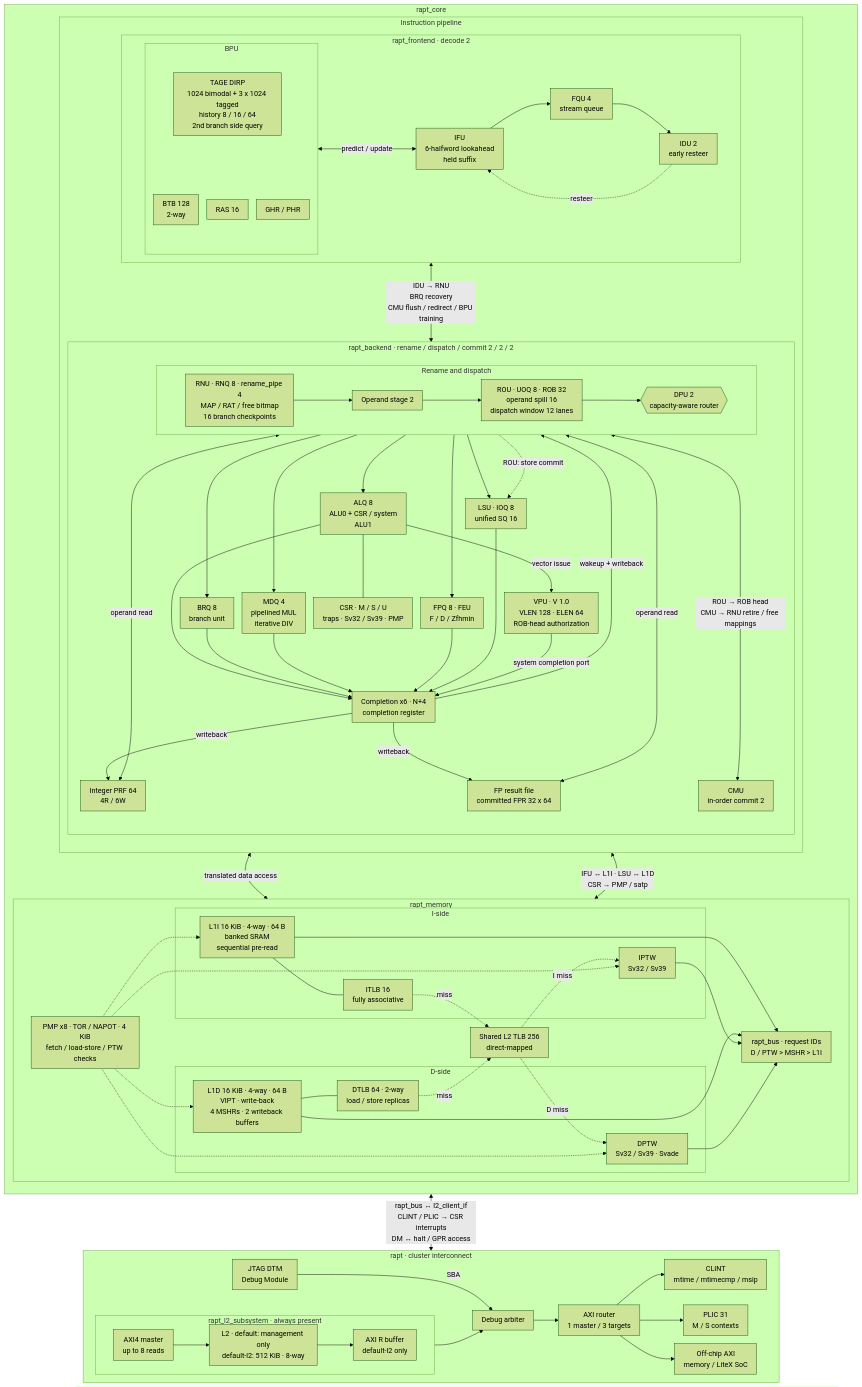
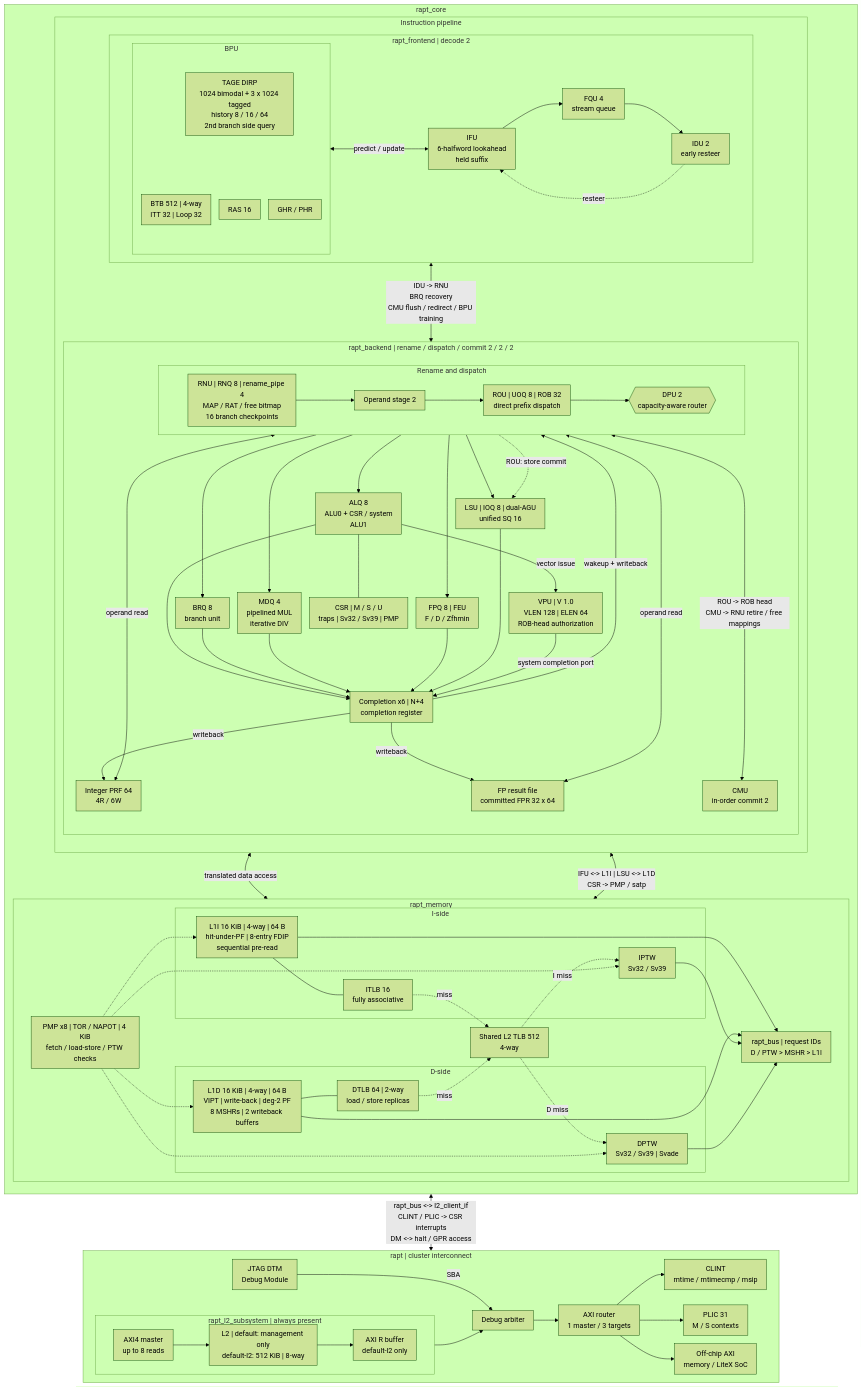
One commit to Kingfish404/raptor-chip changed the diagram in README.md. Above: the diagram before and after it, drawn with Mermaid (forest theme). The commit also changed other lines of this file and 100 other files, not shown here.

````diff
--- a/README.md
+++ b/README.md
@@ -97,12 +99,12 @@
     direction TB
     subgraph PIPE["Instruction pipeline"]
       direction TB
-      subgraph FE["rapt_frontend · decode 2"]
+      subgraph FE["rapt_frontend | decode 2"]
         direction LR
         subgraph BPU["BPU"]
           direction TB
           TAGE["TAGE DIRP<br/>1024 bimodal + 3 x 1024 tagged<br/>history 8 / 16 / 64<br/>2nd branch side query"]
-          BTB["BTB 128<br/>2-way"]
+          BTB["BTB 512 | 4-way<br/>ITT 32 | Loop 32"]
           RAS["RAS 16"]
           HIST["GHR / PHR"]
           TAGE ~~~ BTB & RAS & HIST
@@ -114,27 +116,27 @@
         IFU --> FQU --> IDU
         IDU -. resteer .-> IFU
       end
-      subgraph BE["rapt_backend · rename / dispatch / commit 2 / 2 / 2"]
+      subgraph BE["rapt_backend | rename / dispatch / commit 2 / 2 / 2"]
         direction TB
         subgraph ORD["Rename and dispatch"]
           direction LR
-          RNU["RNU · RNQ 8 · rename_pipe 4<br/>MAP / RAT / free bitmap<br/>16 branch checkpoints"]
+          RNU["RNU | RNQ 8 | rename_pipe 4<br/>MAP / RAT / free bitmap<br/>16 branch checkpoints"]
           OPS["Operand stage 2"]
-          ROU["ROU · UOQ 8 · ROB 32<br/>operand spill 16<br/>dispatch window 12 lanes"]
+          ROU["ROU | UOQ 8 | ROB 32<br/>direct prefix dispatch"]
           DPU{{"DPU 2<br/>capacity-aware router"}}
           RNU --> OPS --> ROU --> DPU
         end
         ALQ["ALQ 8<br/>ALU0 + CSR / system<br/>ALU1"]
         BRQ["BRQ 8<br/>branch unit"]
         MDQ["MDQ 4<br/>pipelined MUL<br/>iterative DIV"]
-        FPQ["FPQ 8 · FEU<br/>F / D / Zfhmin"]
-        VPU["VPU · V 1.0<br/>VLEN 128 · ELEN 64<br/>ROB-head authorization"]
-        LSU["LSU · IOQ 8<br/>unified SQ 16"]
-        CPL["Completion x6 · N+4<br/>completion register"]
+        FPQ["FPQ 8 | FEU<br/>F / D / Zfhmin"]
+        VPU["VPU | V 1.0<br/>VLEN 128 | ELEN 64<br/>ROB-head authorization"]
+        LSU["LSU | IOQ 8 | dual-AGU<br/>unified SQ 16"]
+        CPL["Completion x6 | N+4<br/>completion register"]
         PRF["Integer PRF 64<br/>4R / 6W"]
         FPR["FP result file<br/>committed FPR 32 x 64"]
         CMU["CMU<br/>in-order commit 2"]
-        CSR["CSR · M / S / U<br/>traps · Sv32 / Sv39 · PMP"]
+        CSR["CSR | M / S / U<br/>traps | Sv32 / Sv39 | PMP"]
         ORD --> ALQ & BRQ & MDQ & FPQ & LSU
         ALQ -->|vector issue| VPU
         ALQ & BRQ & MDQ & FPQ & LSU --> CPL
@@ -142,28 +144,28 @@
         CPL -->|wakeup + writeback| ORD
         CPL -->|writeback| PRF & FPR
         ORD <-->|operand read| PRF & FPR
-        ORD <-->|"ROU → ROB head<br/>CMU → RNU retire / free mappings"| CMU
+        ORD <-->|"ROU -> ROB head<br/>CMU -> RNU retire / free mappings"| CMU
         ORD -. ROU: store commit .-> LSU
         CPL ~~~ CMU
         ALQ --- CSR
       end
-      FE <-->|"IDU → RNU<br/>BRQ recovery<br/>CMU flush / redirect / BPU training"| BE
+      FE <-->|"IDU -> RNU<br/>BRQ recovery<br/>CMU flush / redirect / BPU training"| BE
     end
     subgraph MEM["rapt_memory"]
       direction LR
       subgraph IMEM["I-side"]
-        L1I["L1I 16 KiB · 4-way · 64 B<br/>banked SRAM<br/>sequential pre-read"]
+        L1I["L1I 16 KiB | 4-way | 64 B<br/>hit-under-PF | 8-entry FDIP<br/>sequential pre-read"]
         ITLB["ITLB 16<br/>fully associative"]
         IPTW["IPTW<br/>Sv32 / Sv39"]
       end
       subgraph DMEM["D-side"]
-        L1D["L1D 16 KiB · 4-way · 64 B<br/>VIPT · write-back<br/>4 MSHRs · 2 writeback buffers"]
-        DTLB["DTLB 64 · 2-way<br/>load / store replicas"]
-        DPTW["DPTW<br/>Sv32 / Sv39 · Svade"]
+        L1D["L1D 16 KiB | 4-way | 64 B<br/>VIPT | write-back | deg-2 PF<br/>8 MSHRs | 2 writeback buffers"]
+        DTLB["DTLB 64 | 2-way<br/>load / store replicas"]
+        DPTW["DPTW<br/>Sv32 / Sv39 | Svade"]
       end
-      L2TLB["Shared L2 TLB 256<br/>direct-mapped"]
-      PMPC["PMP x8 · TOR / NAPOT · 4 KiB<br/>fetch / load-store / PTW checks"]
-      BUS["rapt_bus · request IDs<br/>D / PTW > MSHR > L1I"]
+      L2TLB["Shared L2 TLB 512<br/>4-way"]
+      PMPC["PMP x8 | TOR / NAPOT | 4 KiB<br/>fetch / load-store / PTW checks"]
+      BUS["rapt_bus | request IDs<br/>D / PTW > MSHR > L1I"]
       L1I --- ITLB
       L1D --- DTLB
       ITLB & DTLB -. miss .-> L2TLB
@@ -172,15 +174,15 @@
       PMPC -.-> L1I & L1D & IPTW & DPTW
       L1I & L1D & IPTW & DPTW --> BUS
     end
-    PIPE <-->|"IFU ↔ L1I · LSU ↔ L1D<br/>CSR → PMP / satp"| MEM
+    PIPE <-->|"IFU <-> L1I | LSU <-> L1D<br/>CSR -> PMP / satp"| MEM
     VPU <-->|"translated data access"| L1D
   end
-  subgraph CLU["rapt · cluster interconnect"]
+  subgraph CLU["rapt | cluster interconnect"]
     direction LR
-    subgraph L2S["rapt_l2_subsystem · always present"]
+    subgraph L2S["rapt_l2_subsystem | always present"]
       direction LR
       AXIM["AXI4 master<br/>up to 8 reads"]
-      L2["L2 · default: management only<br/>default-l2: 512 KiB · 8-way"]
+      L2["L2 | default: management only<br/>default-l2: 512 KiB | 8-way"]
       RBUF["AXI R buffer<br/>default-l2 only"]
       AXIM --> L2 --> RBUF
     end
@@ -194,5 +196,5 @@
     DBG -->|SBA| ARB
     RTR --> CLINT & PLIC & EXT
   end
-  CORE <-->|"rapt_bus ↔ l2_client_if<br/>CLINT / PLIC → CSR interrupts<br/>DM ↔ halt / GPR access"| CLU
+  CORE <-->|"rapt_bus <-> l2_client_if<br/>CLINT / PLIC -> CSR interrupts<br/>DM <-> halt / GPR access"| CLU
 ```
````
